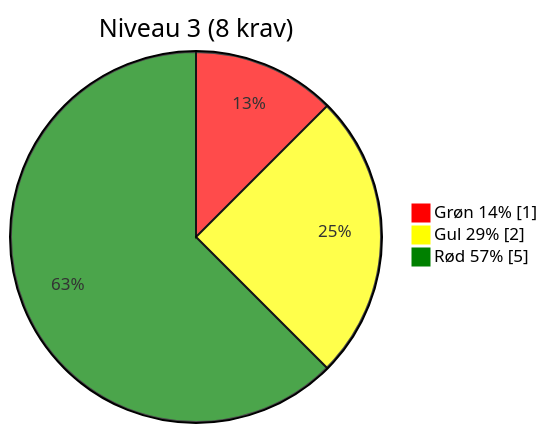
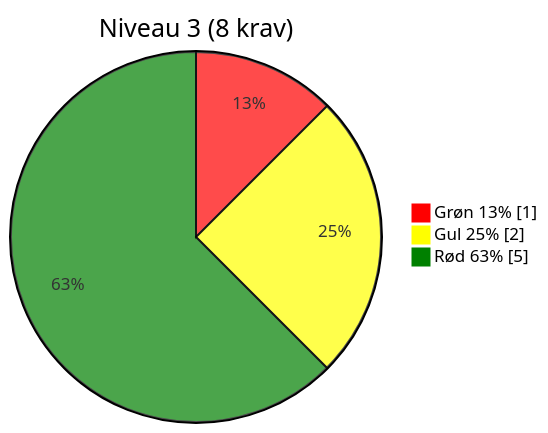
The fourth of 5 diagrams in 2025-09-audits/os2autoproces_assessment_2025-09-05.md (OS2offdig/os2-product-audits), drawn with Mermaid before and after one commit.

Commit message:
Small pie chart fix

````diff
--- a/2025-09-audits/os2autoproces_assessment_2025-09-05.md
+++ b/2025-09-audits/os2autoproces_assessment_2025-09-05.md
@@ -160,10 +160,10 @@
 ```mermaid
 %%{init: {"themeVariables": {
   "pie3": "#008000", "pie2": "#FFFF00", "pie1": "#FF0000"
 }}}%%
 pie showData
   title Niveau 3 (8 krav)
-  "Grøn 14%" : 1
-  "Gul 29%"  : 2
-  "Rød 57%"  : 5
+  "Grøn 13%" : 1
+  "Gul 25%"  : 2
+  "Rød 63%"  : 5
 ```
````
